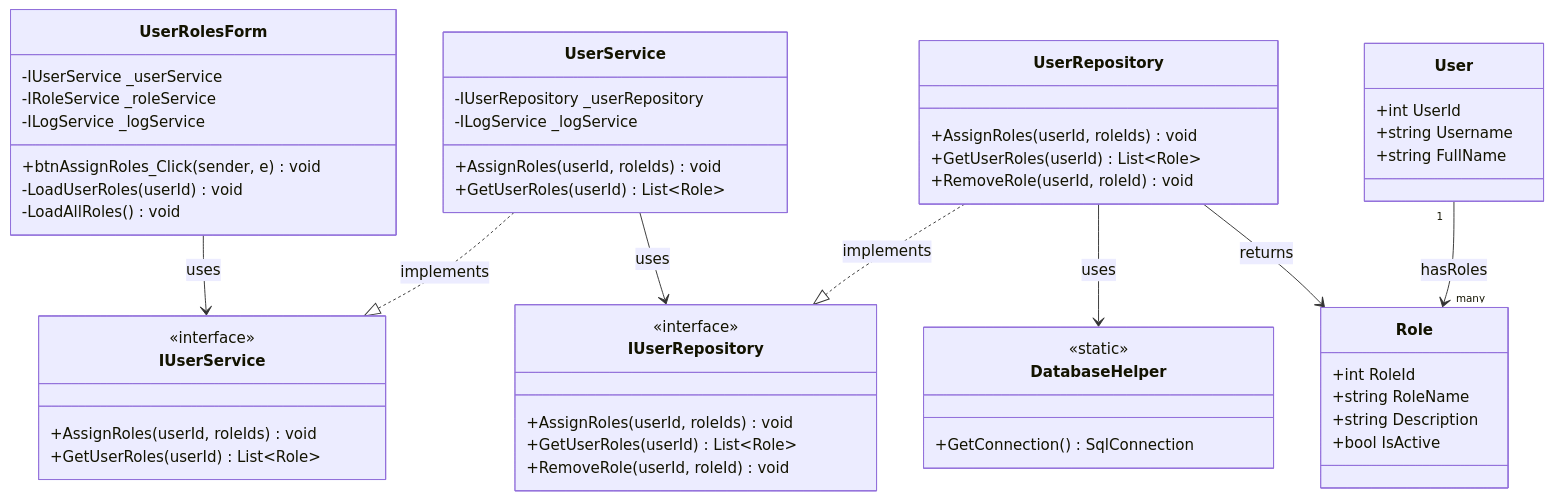
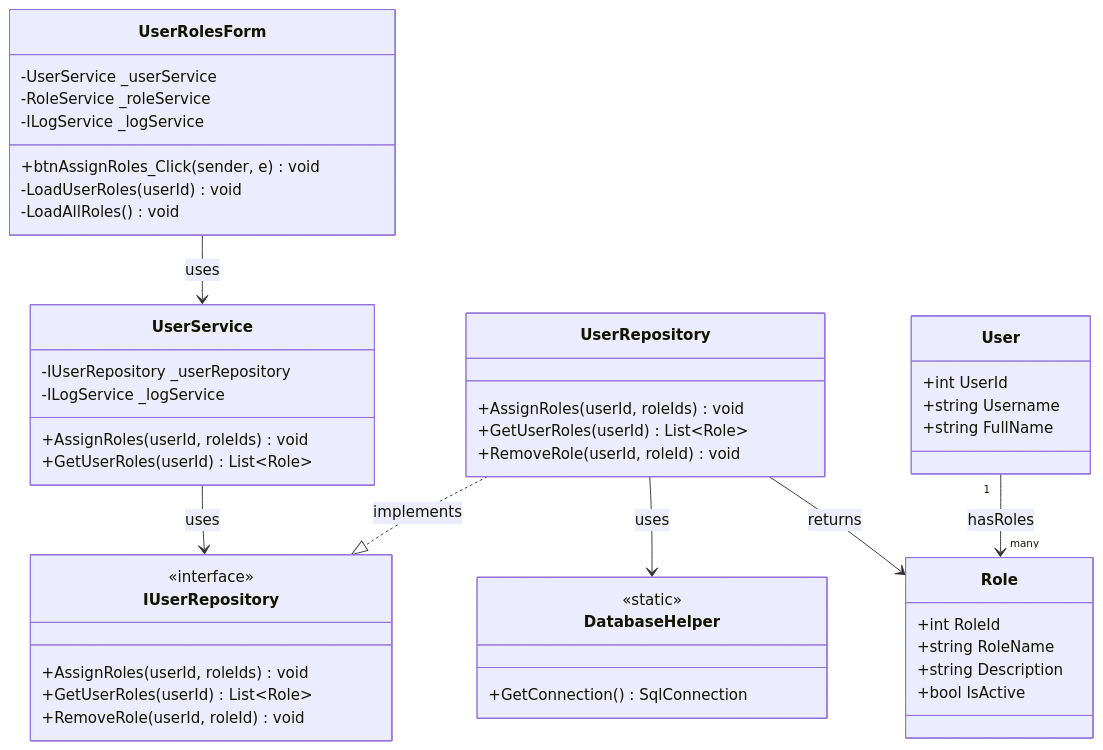
Before and after one commit to nahuk86/tp_diploma_nk_2026: the first of 18 diagrams in Documentation/UML_Diagrams/19_Users_UseCases.md, drawn with Mermaid. The commit also changed other lines of this file and 1 other file, not shown here.

First line of the commit message:
docs: remove non-existent IUserService and IRoleService interface references

````diff
--- a/Documentation/UML_Diagrams/19_Users_UseCases.md
+++ b/Documentation/UML_Diagrams/19_Users_UseCases.md
@@ -11,63 +11,56 @@
 ```mermaid
 classDiagram
     class UserRolesForm {
-        -IUserService _userService
-        -IRoleService _roleService
+        -UserService _userService
+        -RoleService _roleService
         -ILogService _logService
         +btnAssignRoles_Click(sender, e) void
         -LoadUserRoles(userId) void
         -LoadAllRoles() void
-    }
-
-    class IUserService {
-        <<interface>>
-        +AssignRoles(userId, roleIds) void
-        +GetUserRoles(userId) List~Role~
     }
 
     class UserService {
         -IUserRepository _userRepository
         -ILogService _logService
         +AssignRoles(userId, roleIds) void
         +GetUserRoles(userId) List~Role~
     }
 
     class IUserRepository {
         <<interface>>
         +AssignRoles(userId, roleIds) void
         +GetUserRoles(userId) List~Role~
         +RemoveRole(userId, roleId) void
     }
 
     class UserRepository {
         +AssignRoles(userId, roleIds) void
         +GetUserRoles(userId) List~Role~
         +RemoveRole(userId, roleId) void
     }
 
     class DatabaseHelper {
         <<static>>
         +GetConnection() SqlConnection
     }
 
     class User {
         +int UserId
         +string Username
         +string FullName
     }
 
     class Role {
         +int RoleId
         +string RoleName
         +string Description
         +bool IsActive
     }
 
-    UserRolesForm --> IUserService : uses
-    UserService ..|> IUserService : implements
+    UserRolesForm --> UserService : uses
     UserService --> IUserRepository : uses
     UserRepository ..|> IUserRepository : implements
     UserRepository --> DatabaseHelper : uses
     UserRepository --> Role : returns
     User "1" --> "many" Role : hasRoles
 ```
````
